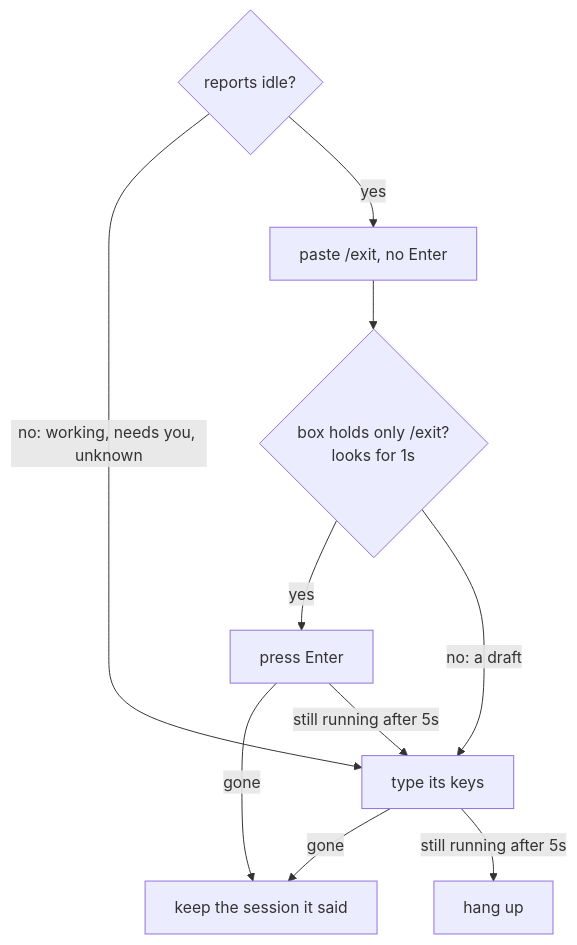
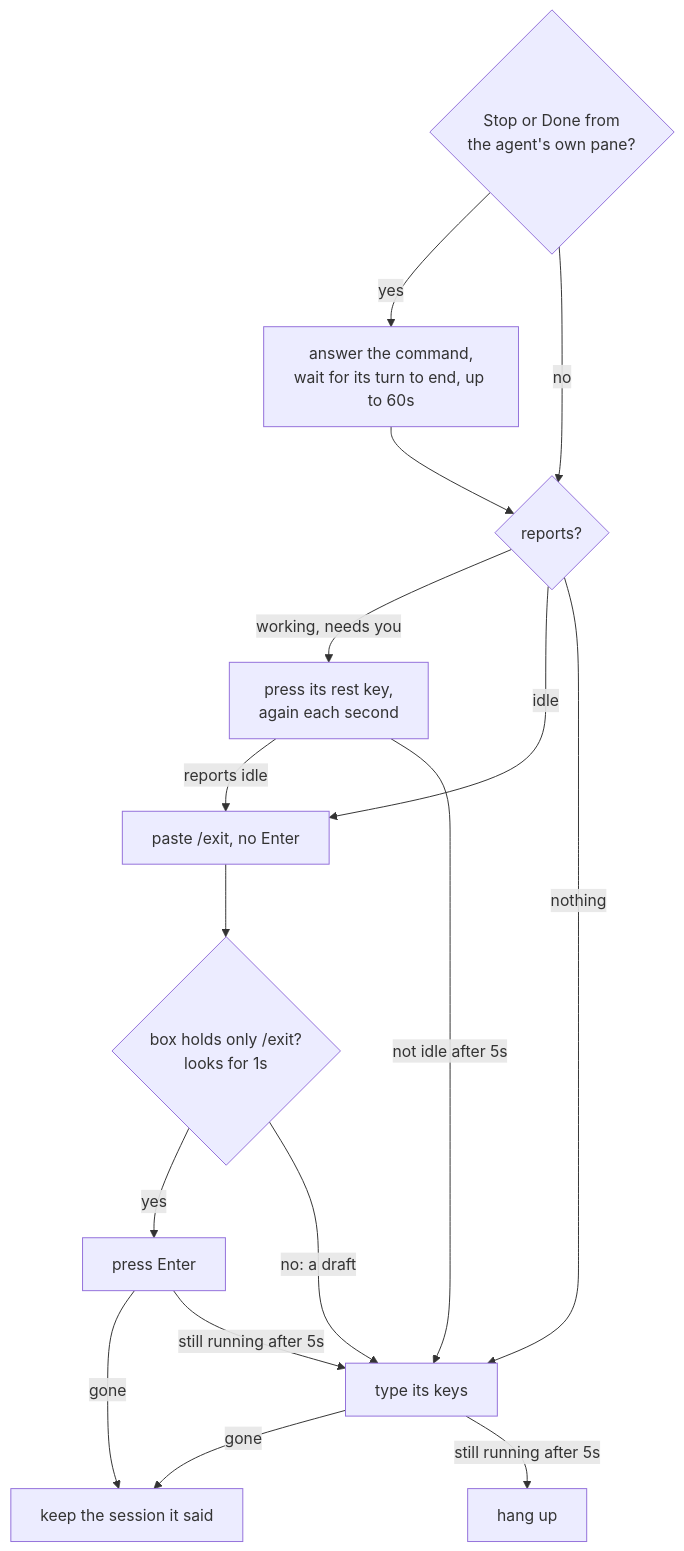
Before and after one commit to tampopogk/kanna: the second of 2 diagrams in docs/specs/shelf-runners.md, drawn with Mermaid. The commit also changed other lines of this file and 15 other files, not shown here.

First line of the commit message:
Agents quit by /exit, brought to rest first

````diff
--- a/docs/specs/shelf-runners.md
+++ b/docs/specs/shelf-runners.md
@@ -74,12 +76,18 @@
 ```mermaid
 flowchart TD
-    A{"reports idle?"} -->|no: working, needs you, unknown| K["type its keys"]
-    A -->|yes| P["paste /exit, no Enter"]
+    O{"Stop or Done from<br/>the agent's own pane?"} -->|yes| T["answer the command,<br/>wait for its turn to end, up to 60s"]
+    O -->|no| A
+    T --> A{"reports?"}
+    A -->|"working, needs you"| R["press its rest key,<br/>again each second"]
+    R -->|"reports idle"| P
+    R -->|"not idle after 5s"| K
+    A -->|idle| P["paste /exit, no Enter"]
+    A -->|"nothing"| K["type its keys"]
     P --> L{"box holds only /exit?<br/>looks for 1s"}
     L -->|yes| E["press Enter"]
     L -->|no: a draft| K
     E -->|"gone"| Q["keep the session it said"]
     E -->|"still running after 5s"| K
     K -->|"gone"| Q
     K -->|"still running after 5s"| H["hang up"]
 ```
````
